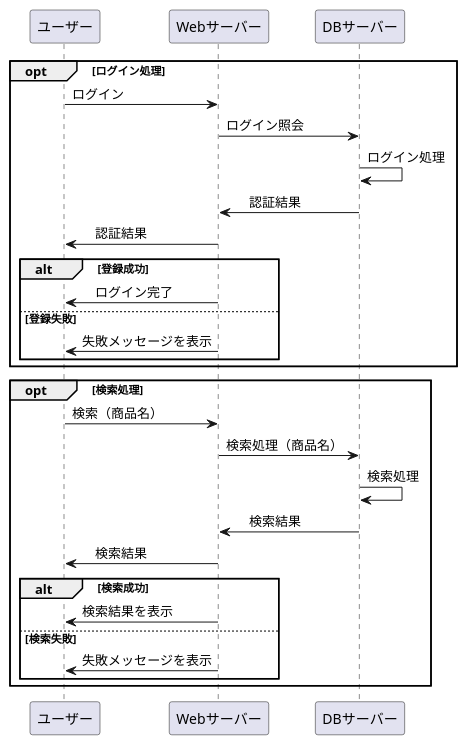
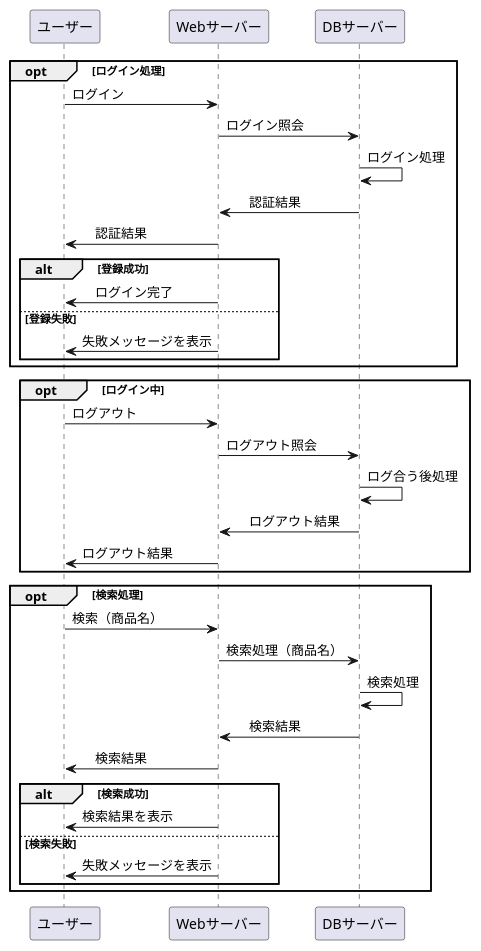
One commit to Aso2101121/2021sys-design changed the diagram in sampleGH.md. Above: the diagram before and after it, drawn with PlantUML.

````diff
--- a/sampleGH.md
+++ b/sampleGH.md
@@ -1,36 +1,45 @@
 ```uml
 @startuml
 opt ログイン処理
 ユーザー -> Webサーバー : ログイン
 Webサーバー -> DBサーバー : ログイン照会
 DBサーバー -> DBサーバー : ログイン処理
 DBサーバー -> Webサーバー :　認証結果
 Webサーバー -> ユーザー :　認証結果
 
 alt 登録成功
 Webサーバー -> ユーザー :　ログイン完了 
 
 else 登録失敗
 Webサーバー -> ユーザー : 失敗メッセージを表示
 
 end
+end
+
+opt ログイン中
+ユーザー -> Webサーバー : ログアウト
+Webサーバー -> DBサーバー : ログアウト照会
+DBサーバー -> DBサーバー : ログ合う後処理
+DBサーバー -> Webサーバー :　ログアウト結果
+Webサーバー -> ユーザー : ログアウト結果
+
 end
 
 opt 検索処理
 ユーザー -> Webサーバー : 検索（商品名）
 Webサーバー -> DBサーバー : 検索処理（商品名）
 DBサーバー -> DBサーバー : 検索処理
 DBサーバー -> Webサーバー :　検索結果
 Webサーバー -> ユーザー :　検索結果
 
 alt 検索成功
 Webサーバー -> ユーザー : 検索結果を表示
 
 else 検索失敗
 Webサーバー -> ユーザー : 失敗メッセージを表示
 
 end
 end
 
 @enduml
 ```
````
